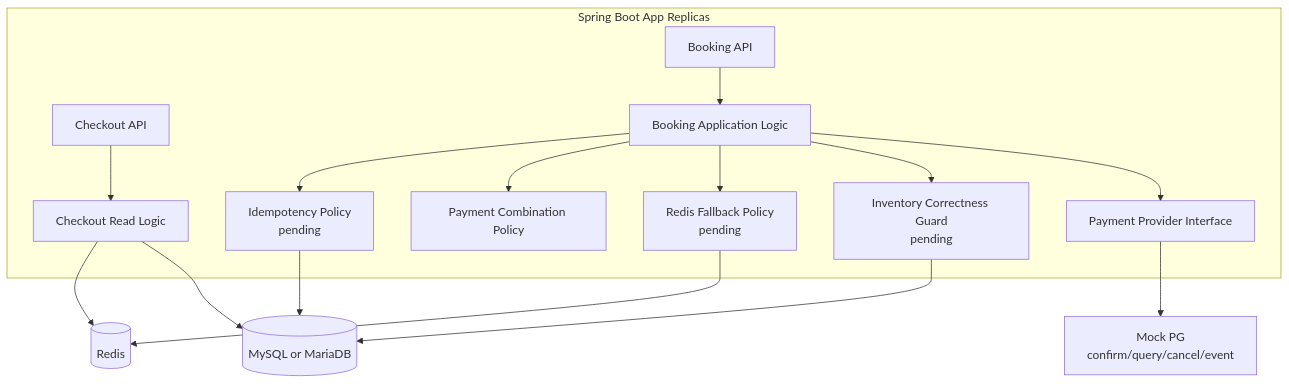
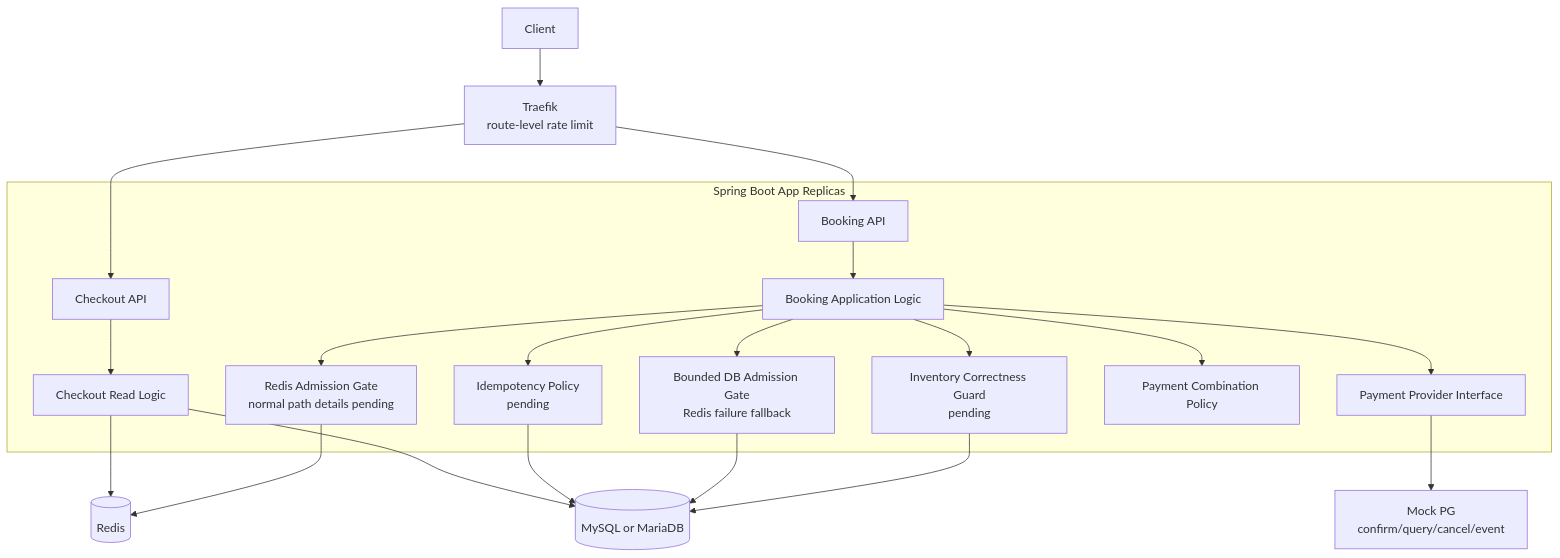
Before and after one commit to lsh1215/peak-booking-system: the second of 5 diagrams in docs/system-design/sdd.md, drawn with Mermaid. The commit also changed other lines of this file and 5 other files, not shown here.

First line of the commit message:
Record admission and fallback design decisions

````diff
--- a/docs/system-design/sdd.md
+++ b/docs/system-design/sdd.md
@@ -133,34 +137,44 @@
 ```mermaid
 flowchart TB
+    Client[Client]
+    Traefik["Traefik<br/>route-level rate limit"]
+
     subgraph App["Spring Boot App Replicas"]
         CheckoutController["Checkout API"]
         BookingController["Booking API"]
         CheckoutService["Checkout Read Logic"]
         BookingService["Booking Application Logic"]
         IdempotencyPolicy["Idempotency Policy<br/>pending"]
         InventoryGuard["Inventory Correctness Guard<br/>pending"]
-        RedisFallback["Redis Fallback Policy<br/>pending"]
+        RedisAdmission["Redis Admission Gate<br/>normal path details pending"]
+        DBAdmission["Bounded DB Admission Gate<br/>Redis failure fallback"]
         PaymentPolicy["Payment Combination Policy"]
         PaymentPort["Payment Provider Interface"]
     end
 
     Redis[(Redis)]
     RDB[(MySQL or MariaDB)]
     MockPG[Mock PG<br/>confirm/query/cancel/event]
 
+    Client --> Traefik
+    Traefik --> CheckoutController
+    Traefik --> BookingController
+
     CheckoutController --> CheckoutService
     CheckoutService --> Redis
     CheckoutService --> RDB
 
     BookingController --> BookingService
     BookingService --> IdempotencyPolicy
     BookingService --> PaymentPolicy
-    BookingService --> RedisFallback
+    BookingService --> RedisAdmission
+    BookingService --> DBAdmission
     BookingService --> InventoryGuard
     BookingService --> PaymentPort
 
     IdempotencyPolicy --> RDB
-    RedisFallback --> Redis
+    RedisAdmission --> Redis
+    DBAdmission --> RDB
     InventoryGuard --> RDB
     PaymentPort --> MockPG
 ```
````
